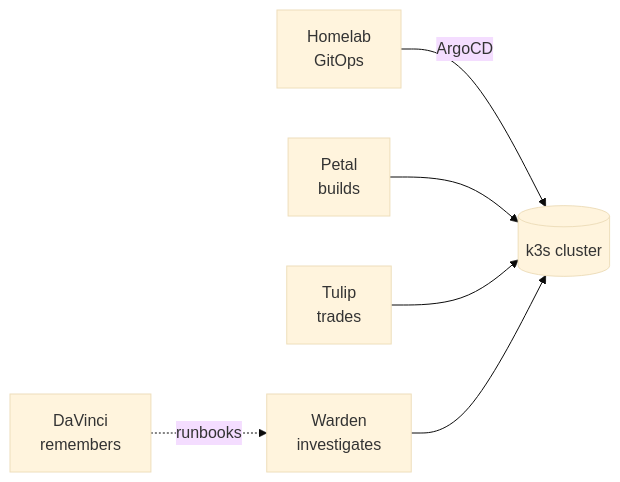
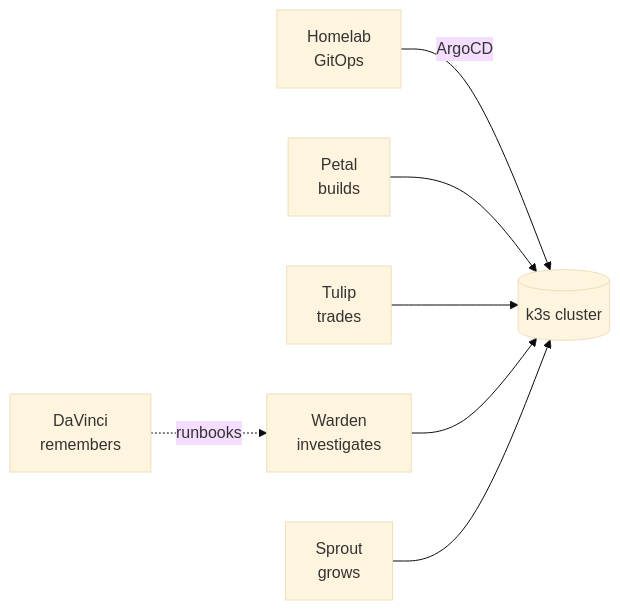
One commit to Blacklotus89898/Blacklotus89898 changed the diagram in README.md. Above: the diagram before and after it, drawn with Mermaid (base theme). The commit also changed other lines of this file, not shown here.

Commit message:
Profile: add Sprout, note ADRs + AGENTS.md across repos

````diff
--- a/README.md
+++ b/README.md
@@ -19,8 +20,9 @@
 ```mermaid
 flowchart LR
   HL[Homelab<br/>GitOps] -->|ArgoCD| K3S[(k3s cluster)]
   PE[Petal<br/>builds] --> K3S
   TU[Tulip<br/>trades] --> K3S
   WA[Warden<br/>investigates] --> K3S
+  SP[Sprout<br/>grows] --> K3S
   DV[DaVinci<br/>remembers] -.->|runbooks| WA
 ```
````
